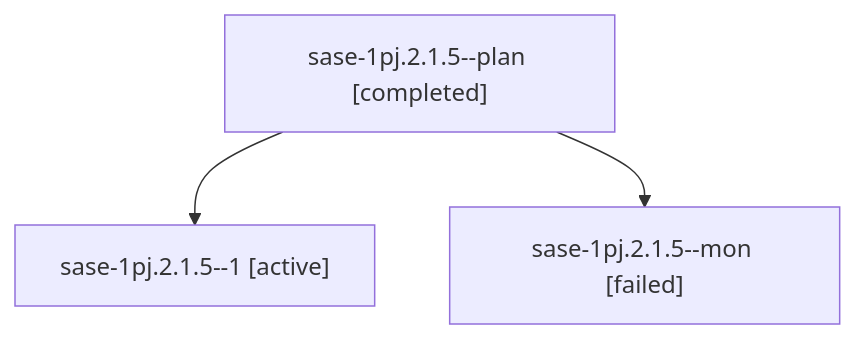
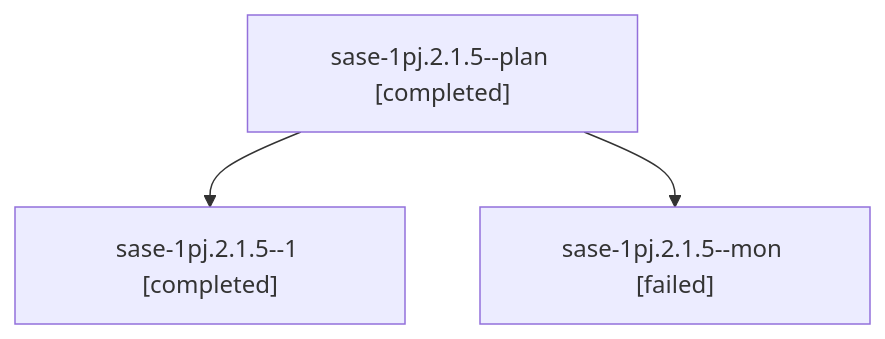
One commit to sase-org/sase--agents changed the diagram in sessions/bbugyi200.athena.sase-1pj.2.1.5.md. Above: the diagram before and after it, drawn with Mermaid. The commit also changed other lines of this file and 66 other files, not shown here.

````diff
--- a/sessions/bbugyi200.athena.sase-1pj.2.1.5.md
+++ b/sessions/bbugyi200.athena.sase-1pj.2.1.5.md
@@ -9,8 +9,8 @@
 ```mermaid
 flowchart TD
   n0["sase-1pj.2.1.5--plan [completed]"]
-  n1["sase-1pj.2.1.5--1 [active]"]
+  n1["sase-1pj.2.1.5--1 [completed]"]
   n0 --> n1
   n2["sase-1pj.2.1.5--mon [failed]"]
   n0 --> n2
 ```
````
